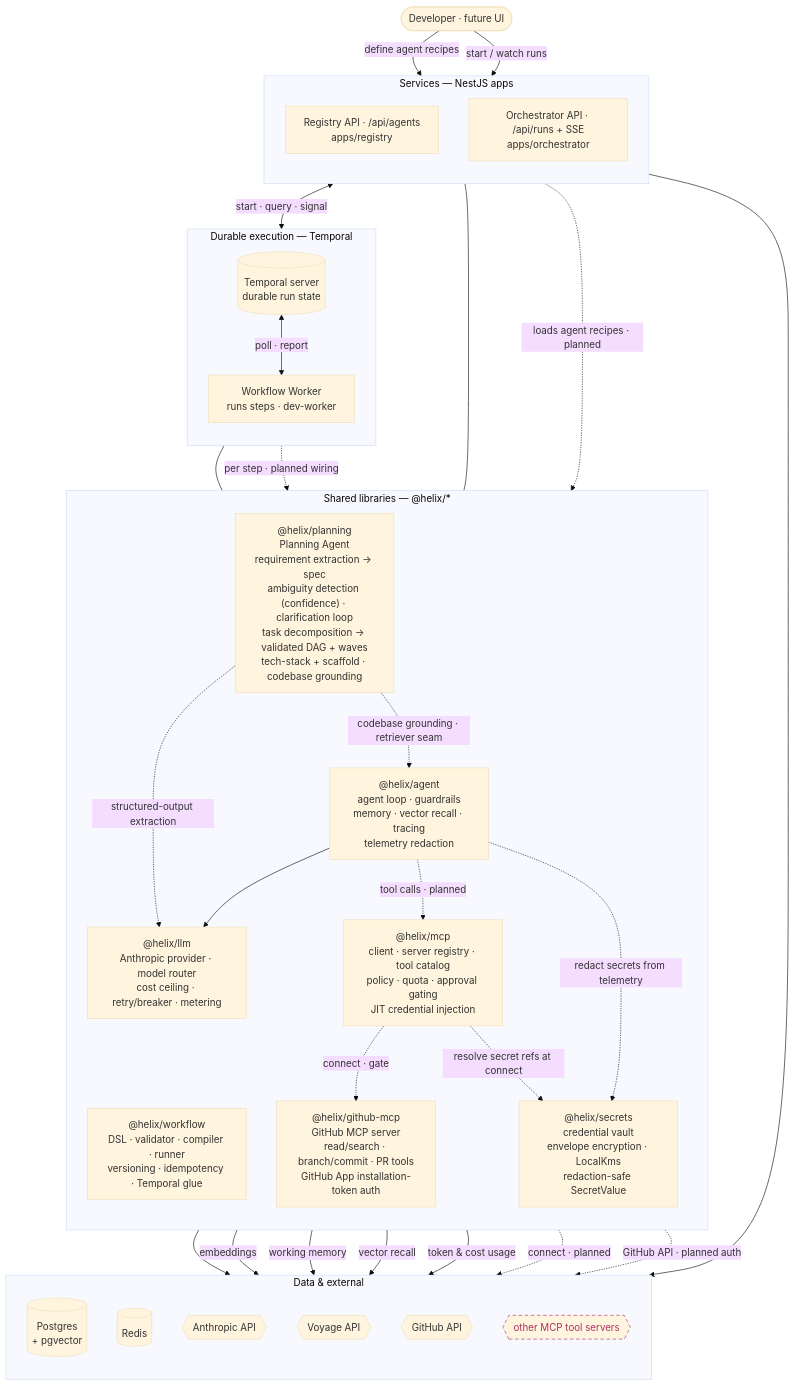
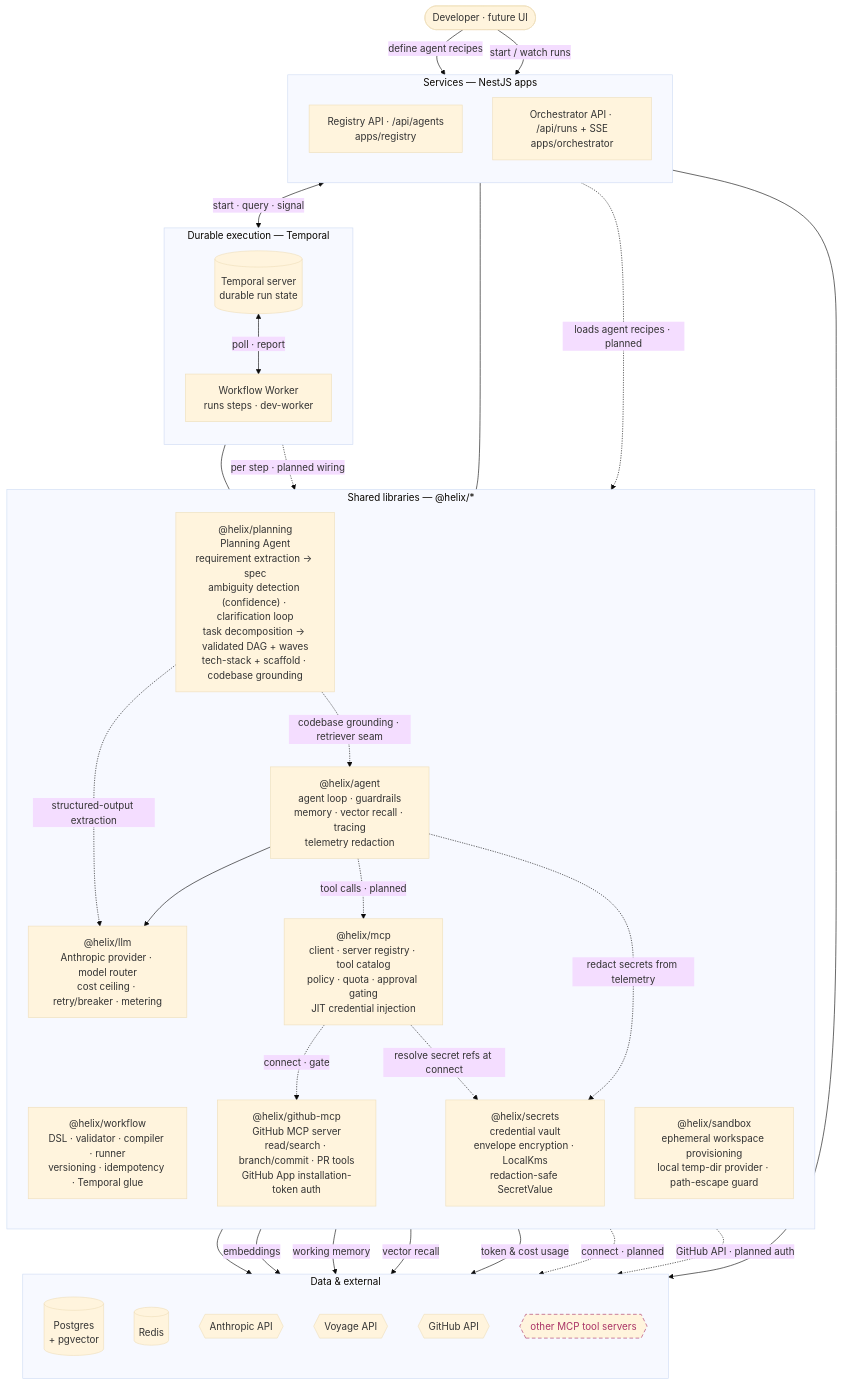
Before and after one commit to shhashhank/helix: the first of 2 diagrams in docs/ARCHITECTURE.md, drawn with Mermaid (base theme). The commit also changed other lines of this file and 13 other files, not shown here.

First line of the commit message:
HELIX-100: ephemeral sandbox provisioning (#62)

````diff
--- a/docs/ARCHITECTURE.md
+++ b/docs/ARCHITECTURE.md
@@ -16,64 +16,65 @@
 ```mermaid
 flowchart TB
   user([Developer · future UI])
 
   subgraph svc["Services — NestJS apps"]
     direction TB
     reg["Registry API · /api/agents<br/>apps/registry"]
     orc["Orchestrator API · /api/runs + SSE<br/>apps/orchestrator"]
   end
 
   subgraph dur["Durable execution — Temporal"]
     direction TB
     tmp[("Temporal server<br/>durable run state")]
     wkr["Workflow Worker<br/>runs steps · dev-worker"]
   end
 
   subgraph lib["Shared libraries — @helix/*"]
     direction TB
     wf["@helix/workflow<br/>DSL · validator · compiler · runner<br/>versioning · idempotency · Temporal glue"]
     ag["@helix/agent<br/>agent loop · guardrails<br/>memory · vector recall · tracing<br/>telemetry redaction"]
     lm["@helix/llm<br/>Anthropic provider · model router<br/>cost ceiling · retry/breaker · metering"]
     mc["@helix/mcp<br/>client · server registry · tool catalog<br/>policy · quota · approval gating<br/>JIT credential injection"]
     gh["@helix/github-mcp<br/>GitHub MCP server<br/>read/search · branch/commit · PR tools<br/>GitHub App installation-token auth"]
     sec["@helix/secrets<br/>credential vault<br/>envelope encryption · LocalKms<br/>redaction-safe SecretValue"]
     pl["@helix/planning<br/>Planning Agent<br/>requirement extraction → spec<br/>ambiguity detection (confidence) · clarification loop<br/>task decomposition → validated DAG + waves<br/>tech-stack + scaffold · codebase grounding"]
+    sbx["@helix/sandbox<br/>ephemeral workspace provisioning<br/>local temp-dir provider · path-escape guard"]
   end
 
   subgraph dat["Data & external"]
     direction TB
     pg[("Postgres<br/>+ pgvector")]
     rd[("Redis")]
     an{{Anthropic API}}
     vo{{Voyage API}}
     gha{{GitHub API}}
     ext{{other MCP tool servers}}
   end
 
   user -->|define agent recipes| reg
   user -->|start / watch runs| orc
   reg --> pg
   orc <-->|start · query · signal| tmp
   tmp <-->|poll · report| wkr
   wkr --- wf
   orc --- wf
   wkr -.->|per step · planned wiring| ag
   reg -.->|loads agent recipes · planned| ag
   ag --> lm
   ag -.->|tool calls · planned| mc
   lm --> an
   ag -->|embeddings| vo
   ag -->|working memory| rd
   ag -->|vector recall| pg
   lm -->|token & cost usage| pg
   mc -.->|connect · gate| gh
   mc -.->|connect · planned| ext
   mc -.->|resolve secret refs at connect| sec
   ag -.->|redact secrets from telemetry| sec
   pl -.->|structured-output extraction| lm
   pl -.->|codebase grounding · retriever seam| ag
   gh -.->|GitHub API · planned auth| gha
 
   classDef planned stroke-dasharray:6 4,stroke:#a36,color:#a36;
   class ext planned;
 ```
````
